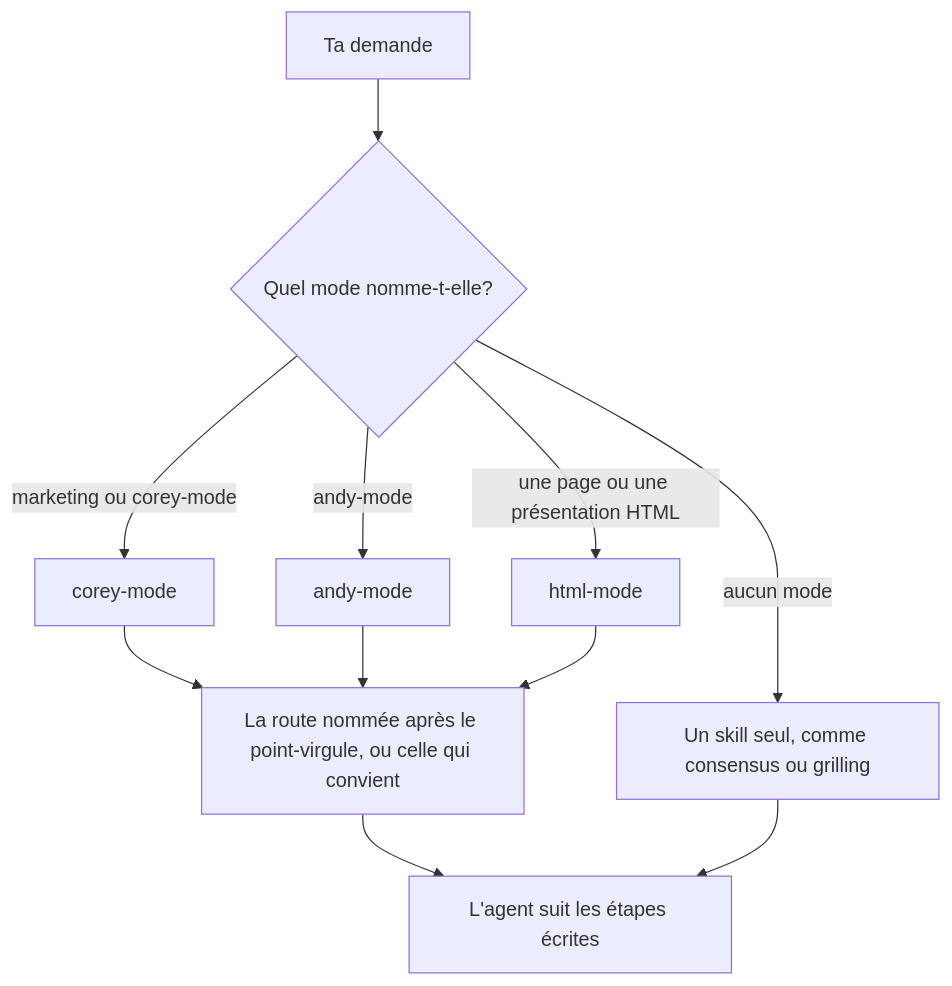
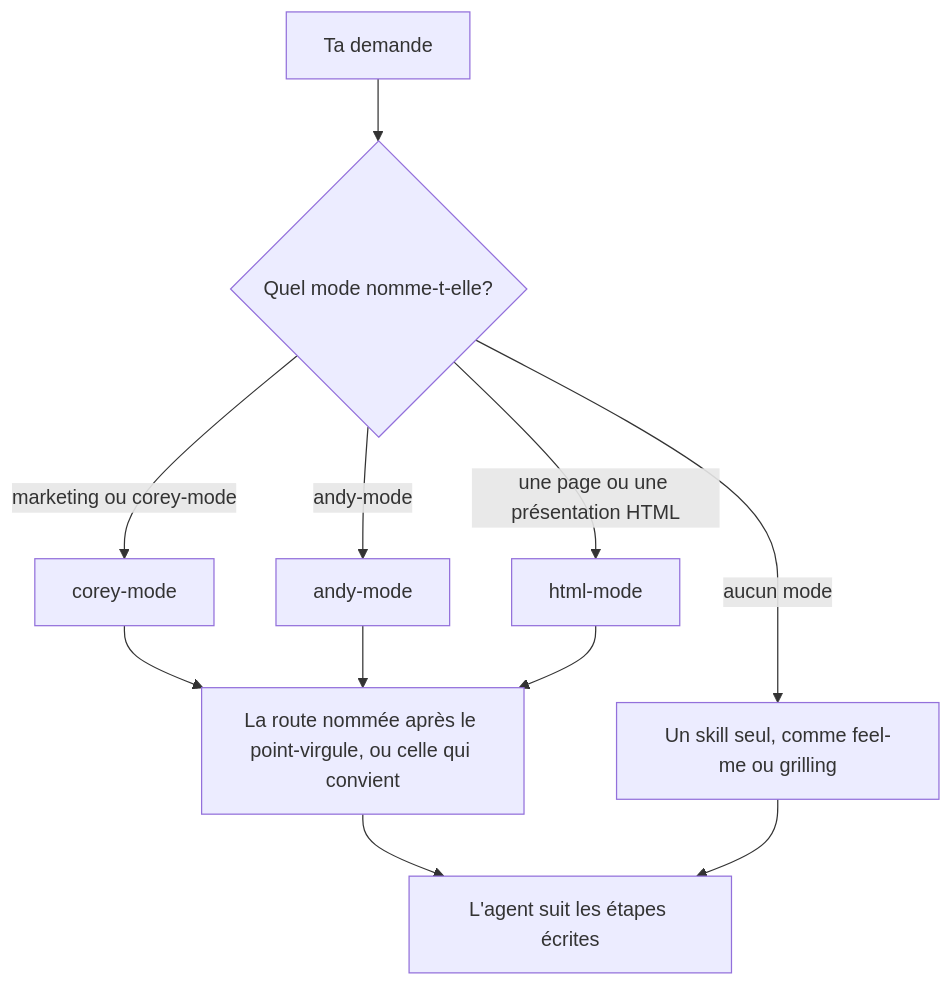
The diagram in docs/guide-fr-ca/03-modes.md (pascalandy/skills), drawn with Mermaid before and after one commit. The commit also changed other lines of this file and 18 other files, not shown here.

First line of the commit message:
🧰 skill: feel-me: replace consensus with an FMO-first alignment loop (#598)

````diff
--- a/docs/guide-fr-ca/03-modes.md
+++ b/docs/guide-fr-ca/03-modes.md
@@ -5,13 +5,13 @@
 ```mermaid
 flowchart TD
     A[Ta demande] --> B{Quel mode nomme-t-elle?}
     B -->|marketing ou corey-mode| C[corey-mode]
     B -->|andy-mode| D[andy-mode]
     B -->|une page ou une présentation HTML| E[html-mode]
-    B -->|aucun mode| F[Un skill seul, comme consensus ou grilling]
+    B -->|aucun mode| F[Un skill seul, comme feel-me ou grilling]
     C --> G[La route nommée après le point-virgule, ou celle qui convient]
     D --> G
     E --> G
     G --> H[L'agent suit les étapes écrites]
     F --> H
 ```
````
